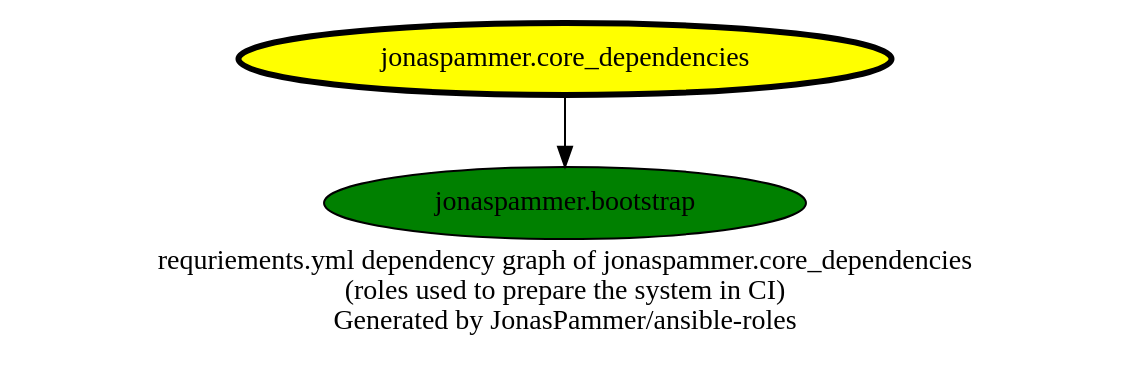
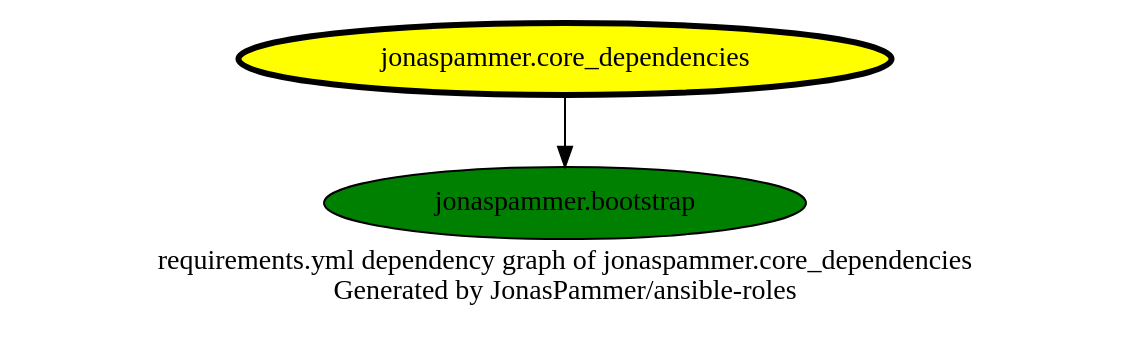
The diagram in graphs/dependencies_core_dependencies.dot (JonasPammer/ansible-roles), drawn with Graphviz before and after one commit. The commit also changed 12 other files, not shown here.

```diff
--- a/graphs/dependencies_core_dependencies.dot
+++ b/graphs/dependencies_core_dependencies.dot
@@ -1,12 +1,12 @@
 digraph hierarchy {
-  label = "requriements.yml dependency graph of jonaspammer.core_dependencies \n (roles used to prepare the system in CI) \n Generated by JonasPammer/ansible-roles" ;
+  label = "requirements.yml dependency graph of jonaspammer.core_dependencies \n Generated by JonasPammer/ansible-roles" ;
   overlap=false
 
   {
     "jonaspammer.core_dependencies" [fillcolor=yellow style=filled penwidth=3]
     "jonaspammer.bootstrap" [fillcolor=green style=filled ]
   }
 
 
   "jonaspammer.core_dependencies" -> {"jonaspammer.bootstrap"}
 }
```
